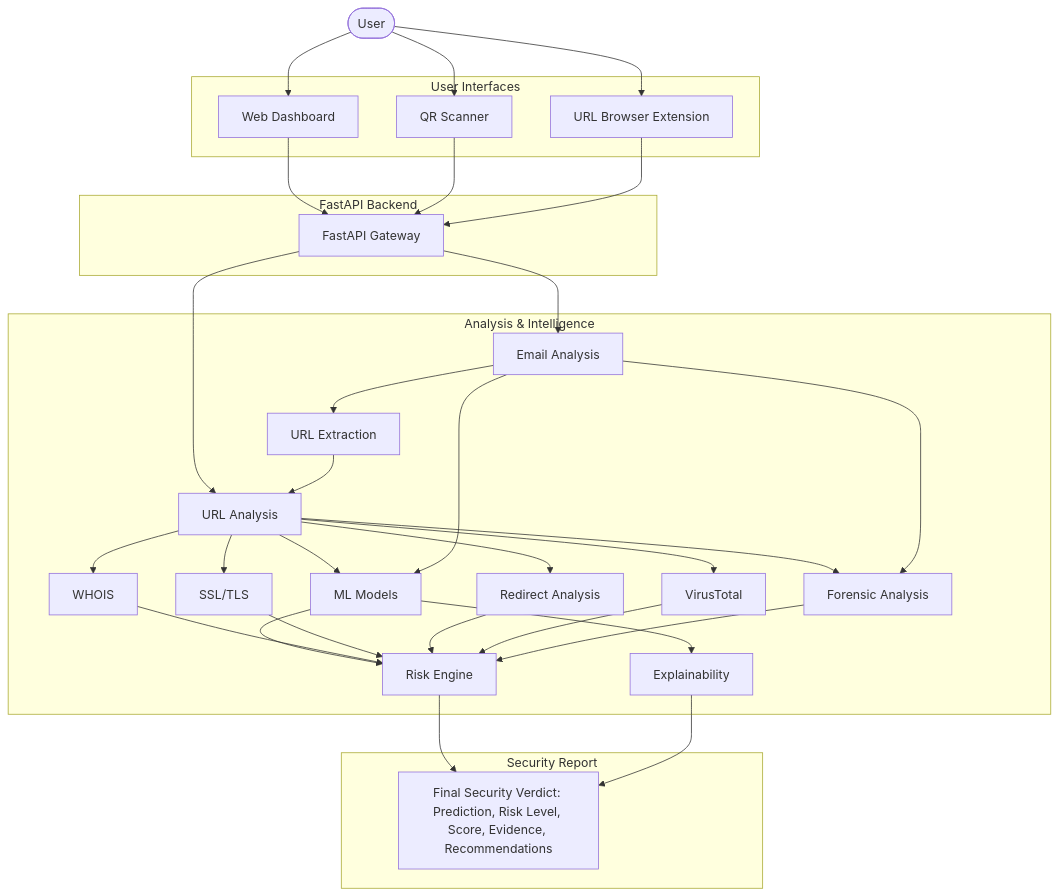
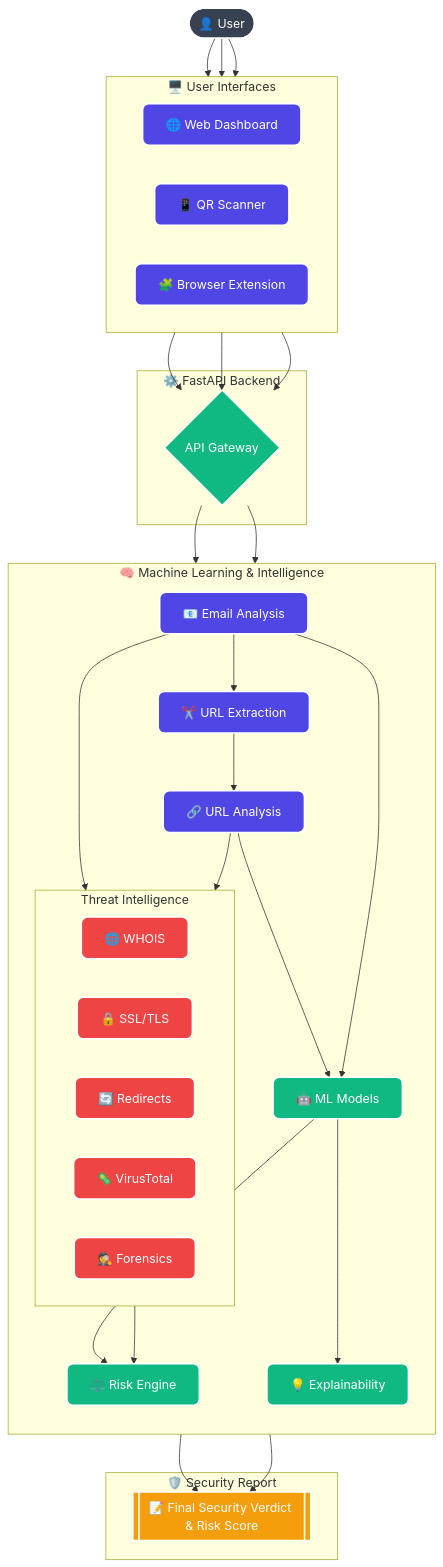
The diagram in README.md (Dileep0610/PhishShieldAI), drawn with Mermaid before and after one commit. The commit also changed other lines of this file, not shown here.

Commit message:
Update README with live demo link and beautiful architecture diagram

````diff
--- a/README.md
+++ b/README.md
@@ -56,69 +64,75 @@
 ```mermaid
-flowchart TD
-    User([User])
+flowchart TB
+    classDef primary fill:#4F46E5,stroke:#fff,stroke-width:2px,color:#fff,rx:8px,ry:8px;
+    classDef secondary fill:#10B981,stroke:#fff,stroke-width:2px,color:#fff,rx:8px,ry:8px;
+    classDef threat fill:#EF4444,stroke:#fff,stroke-width:2px,color:#fff,rx:8px,ry:8px;
+    classDef report fill:#F59E0B,stroke:#fff,stroke-width:2px,color:#fff,rx:8px,ry:8px;
+    classDef user fill:#374151,stroke:#fff,stroke-width:2px,color:#fff,rx:50px,ry:50px;
 
-    subgraph UserInterfaces [User Interfaces]
-        WebDash[Web Dashboard]
-        QRScan[QR Scanner]
-        BrowserExt[URL Browser Extension]
+    User([👤 User]):::user
+
+    subgraph Interfaces [🖥️ User Interfaces]
+        direction LR
+        WebDash[🌐 Web Dashboard]:::primary
+        QRScan[📱 QR Scanner]:::primary
+        BrowserExt[🧩 Browser Extension]:::primary
     end
 
-    subgraph Backend [FastAPI Backend]
-        API[FastAPI Gateway]
+    subgraph CoreBackend [⚙️ FastAPI Backend]
+        API{API Gateway}:::secondary
     end
 
-    subgraph AnalysisEngine [Analysis & Intelligence]
-        URLAnalysis[URL Analysis]
-        EmailAnalysis[Email Analysis]
-        URLExtract[URL Extraction]
-        Risk[Risk Engine]
-        Forensics[Forensic Analysis]
-        Explain[Explainability]
+    subgraph ML_Engine [🧠 Machine Learning & Intelligence]
+        direction TB
+        URLAnalysis[🔗 URL Analysis]:::primary
+        EmailAnalysis[📧 Email Analysis]:::primary
+        URLExtract[✂️ URL Extraction]:::primary
         
-        Models[ML Models]
-        WHOIS[WHOIS]
-        SSL[SSL/TLS]
-        Redirects[Redirect Analysis]
-        VT[VirusTotal]
-    end
-    
-    subgraph Report [Security Report]
-        Verdict[Final Security Verdict: Prediction, Risk Level, Score, Evidence, Recommendations]
+        Models[🤖 ML Models]:::secondary
+        Explain[💡 Explainability]:::secondary
+        
+        subgraph ThreatIntel [Threat Intelligence]
+            direction LR
+            WHOIS[🌐 WHOIS]:::threat
+            SSL[🔒 SSL/TLS]:::threat
+            Redirects[🔄 Redirects]:::threat
+            VT[🦠 VirusTotal]:::threat
+            Forensics[🕵️ Forensics]:::threat
+        end
+        
+        Risk[⚖️ Risk Engine]:::secondary
     end
 
+    subgraph Output [🛡️ Security Report]
+        Verdict[[📝 Final Security Verdict & Risk Score]]:::report
+    end
+
+    %% Connections
     User --> WebDash
     User --> QRScan
     User --> BrowserExt
 
     WebDash --> API
     QRScan --> API
     BrowserExt --> API
 
     API --> URLAnalysis
     API --> EmailAnalysis
     
     EmailAnalysis --> URLExtract
     URLExtract --> URLAnalysis
     
     URLAnalysis --> Models
     EmailAnalysis --> Models
     
-    URLAnalysis --> WHOIS
-    URLAnalysis --> SSL
-    URLAnalysis --> Redirects
-    URLAnalysis --> VT
-    URLAnalysis --> Forensics
+    URLAnalysis --> ThreatIntel
     EmailAnalysis --> Forensics
     
     Models --> Risk
-    WHOIS --> Risk
-    SSL --> Risk
-    Redirects --> Risk
-    VT --> Risk
-    Forensics --> Risk
+    ThreatIntel --> Risk
     
     Models --> Explain
     
     Risk --> Verdict
     Explain --> Verdict
 ```
````
